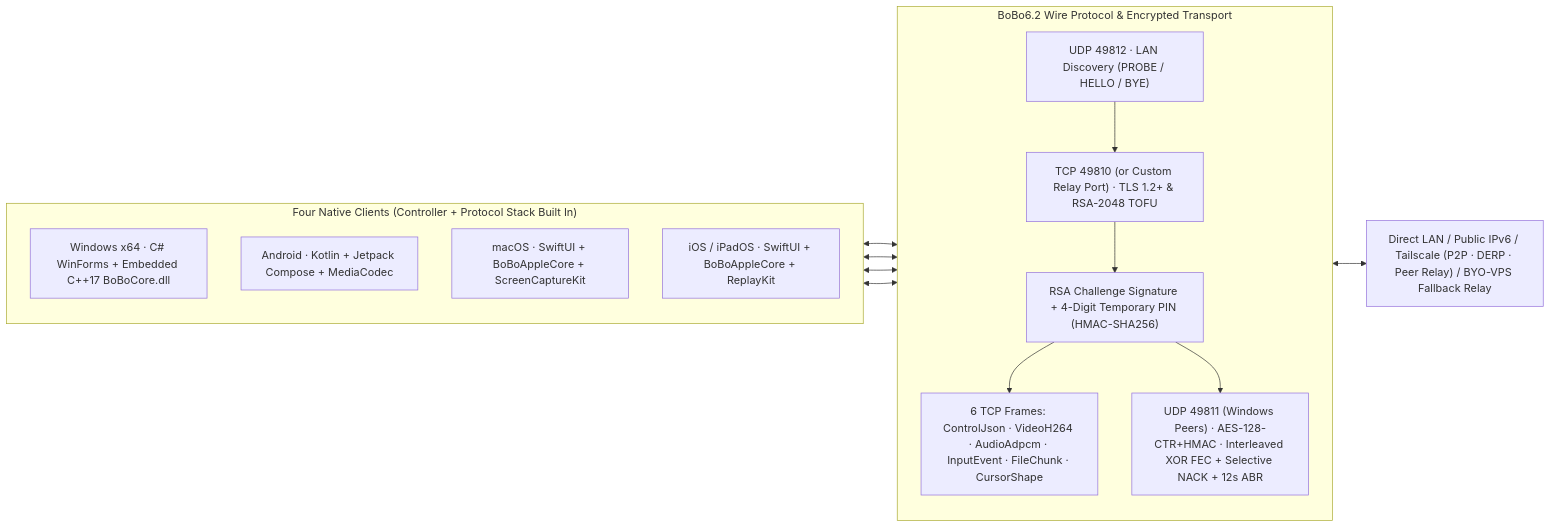
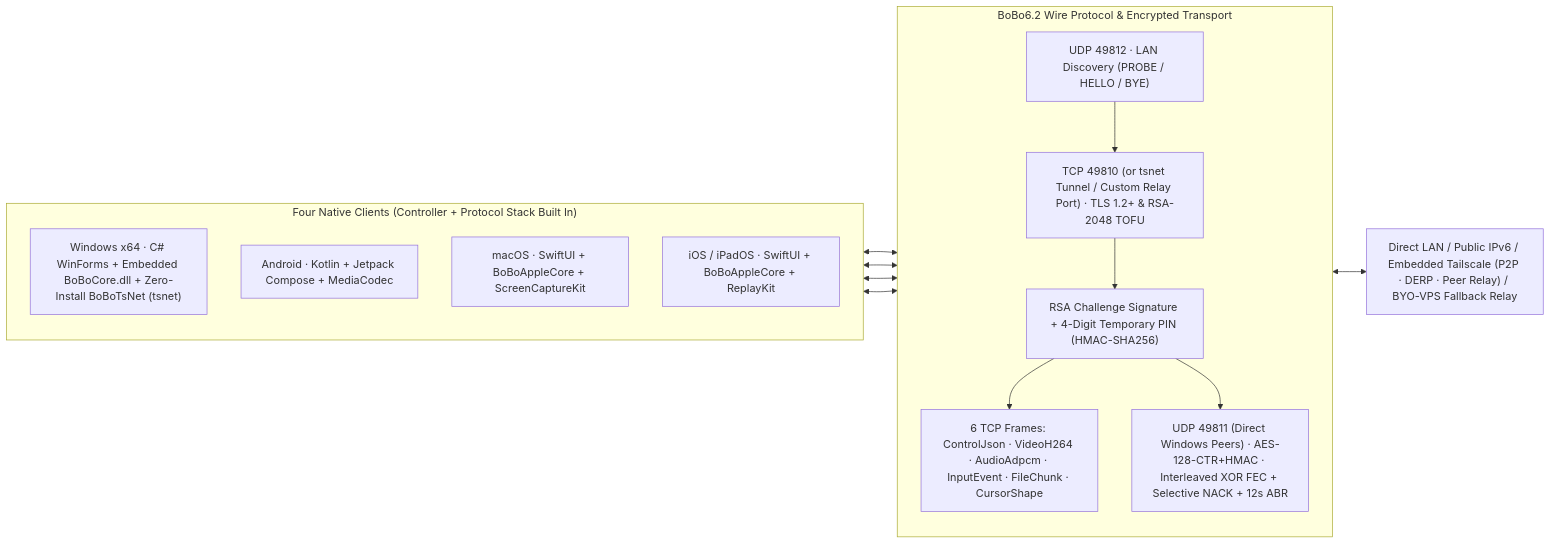
One commit to Gluxggg/BoBo-Remote changed the first of 2 diagrams in README.en.md. Above: the diagram before and after it, drawn with Mermaid. The commit also changed other lines of this file and 29 other files, not shown here.

Commit message:
feat(v7.1.0): embed pure-Go user-space Tailscale engine (BoBoTsNet)

````diff
--- a/README.en.md
+++ b/README.en.md
@@ -119,29 +122,29 @@
 ```mermaid
 flowchart LR
   subgraph CLIENTS["Four Native Clients (Controller + Protocol Stack Built In)"]
     direction TB
-    WIN["Windows x64 · C# WinForms + Embedded C++17 BoBoCore.dll"]
+    WIN["Windows x64 · C# WinForms + Embedded BoBoCore.dll + Zero-Install BoBoTsNet (tsnet)"]
     AND["Android · Kotlin + Jetpack Compose + MediaCodec"]
     MAC["macOS · SwiftUI + BoBoAppleCore + ScreenCaptureKit"]
     IOS["iOS / iPadOS · SwiftUI + BoBoAppleCore + ReplayKit"]
   end
 
   subgraph PROTO["BoBo6.2 Wire Protocol & Encrypted Transport"]
     direction TB
     DISC["UDP 49812 · LAN Discovery (PROBE / HELLO / BYE)"]
-    TLS["TCP 49810 (or Custom Relay Port) · TLS 1.2+ & RSA-2048 TOFU"]
+    TLS["TCP 49810 (or tsnet Tunnel / Custom Relay Port) · TLS 1.2+ & RSA-2048 TOFU"]
     AUTH["RSA Challenge Signature + 4-Digit Temporary PIN (HMAC-SHA256)"]
     FRAMES["6 TCP Frames: ControlJson · VideoH264 · AudioAdpcm · InputEvent · FileChunk · CursorShape"]
-    UDP["UDP 49811 (Windows Peers) · AES-128-CTR+HMAC · Interleaved XOR FEC + Selective NACK + 12s ABR"]
+    UDP["UDP 49811 (Direct Windows Peers) · AES-128-CTR+HMAC · Interleaved XOR FEC + Selective NACK + 12s ABR"]
     DISC --> TLS --> AUTH --> FRAMES
     AUTH --> UDP
   end
 
-  NET["Direct LAN / Public IPv6 / Tailscale (P2P · DERP · Peer Relay) / BYO-VPS Fallback Relay"]
+  NET["Direct LAN / Public IPv6 / Embedded Tailscale (P2P · DERP · Peer Relay) / BYO-VPS Fallback Relay"]
 
   WIN <--> PROTO
   AND <--> PROTO
   MAC <--> PROTO
   IOS <--> PROTO
   PROTO <--> NET
 ```
````
